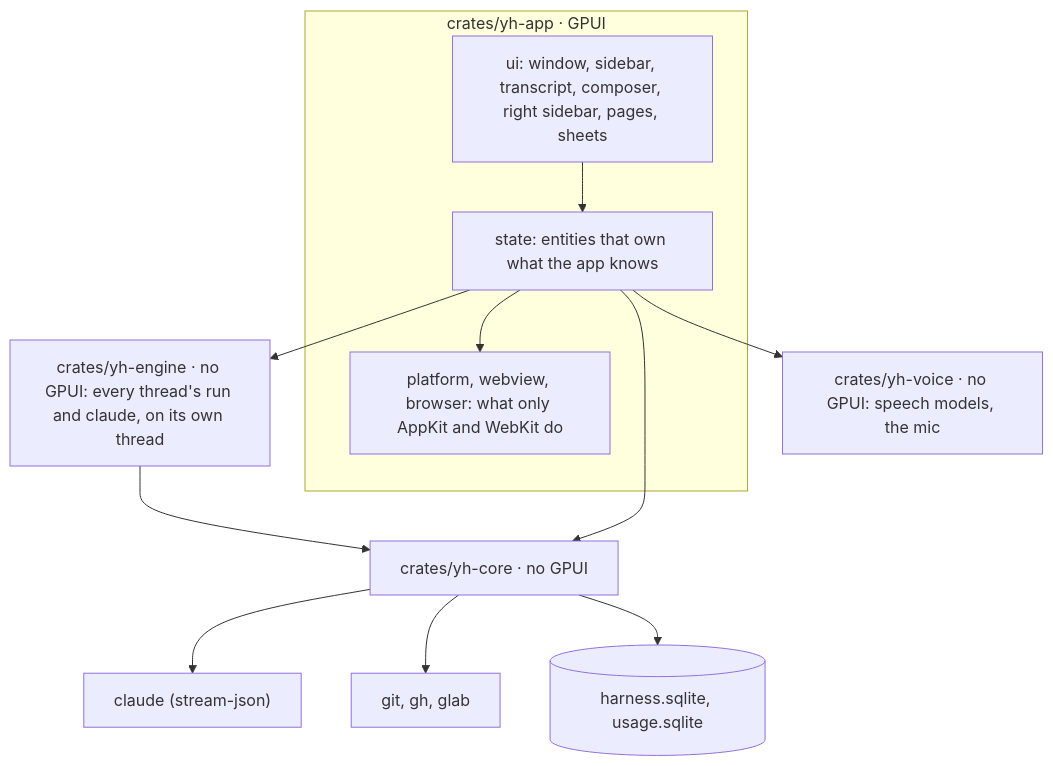
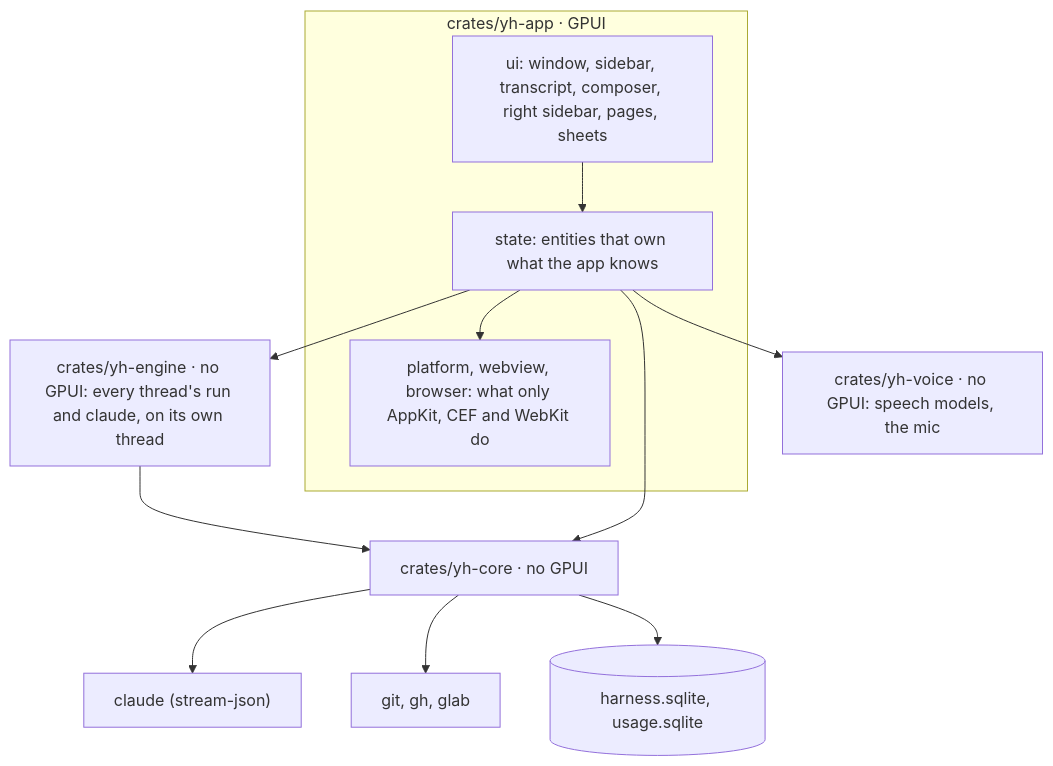
One commit to mdovhopo/yourharness changed the diagram in docs/architecture.md. Above: the diagram before and after it, drawn with Mermaid. The commit also changed other lines of this file and 6 other files, not shown here.

````diff
--- a/docs/architecture.md
+++ b/docs/architecture.md
@@ -10,20 +10,20 @@
 ```mermaid
 flowchart TB
   subgraph App["crates/yh-app · GPUI"]
     UI["ui: window, sidebar, transcript, composer, right sidebar, pages, sheets"]
     State["state: entities that own what the app knows"]
-    Mac["platform, webview, browser: what only AppKit and WebKit do"]
+    Mac["platform, webview, browser: what only AppKit, CEF and WebKit do"]
     UI --> State
     State --> Mac
   end
   Engine["crates/yh-engine · no GPUI: every thread's run and claude, on its own thread"]
   Core["crates/yh-core · no GPUI"]
   Voice["crates/yh-voice · no GPUI: speech models, the mic"]
   State --> Engine
   State --> Voice
   Engine --> Core
   State --> Core
   Core --> Claude["claude (stream-json)"]
   Core --> Tools["git, gh, glab"]
   Core --> DB[("harness.sqlite, usage.sqlite")]
 ```
````
